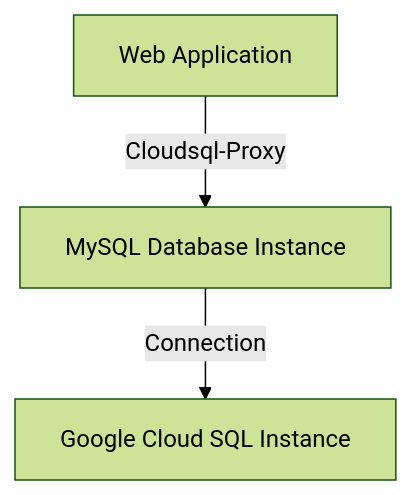
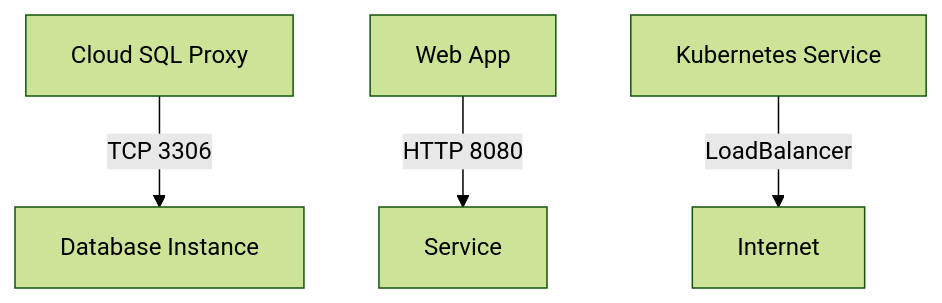
Before and after one commit to Hacka25/webapp: the first of 3 diagrams in README.md, drawn with Mermaid (forest theme). The commit also changed other lines of this file, not shown here.

Commit message:
[skip-autodocs] Update README and architecture diagram

````diff
--- a/README.md
+++ b/README.md
@@ -36,5 +34,6 @@
 ```mermaid
-flowchart TD
-    A[Web Application] -->|Cloudsql-Proxy| B[MySQL Database Instance]
-    B-->|Connection| C[Google Cloud SQL Instance]
+graph TD
+    A[Cloud SQL Proxy] -->|TCP 3306| B[Database Instance]
+    C[Web App] -->|HTTP 8080| D[Service]
+    E[Kubernetes Service] -->|LoadBalancer| F[Internet]
 ```
````
